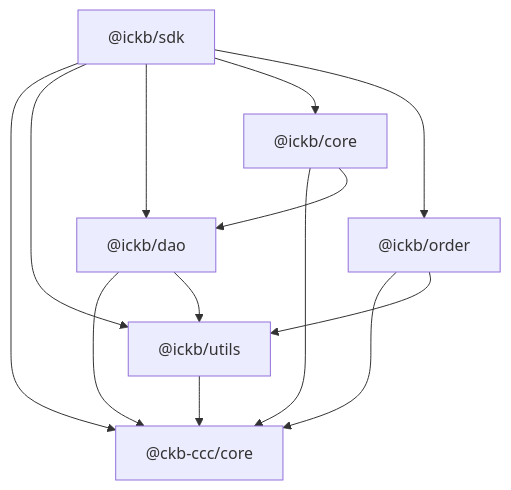
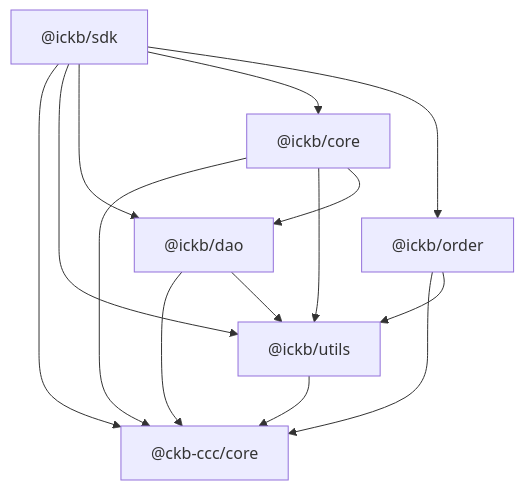
The diagram in README.md (ickb/stack), drawn with Mermaid before and after one commit. The commit also changed other lines of this file and 4 other files, not shown here.

````diff
--- a/README.md
+++ b/README.md
@@ -33,22 +33,23 @@
 ```mermaid
 graph TD;
     B["@ickb/utils"] --> A["@ckb-ccc/core"];
     C["@ickb/dao"] --> A;
     C --> B;
     D["@ickb/core"] --> A;
+    D --> B;
     D --> C;
     E["@ickb/order"] --> A;
     E --> B;
     F["@ickb/sdk"] --> A;
     F --> B;
     F --> C;
     F --> D;
     F --> E;
 
     click A "https://github.com/ckb-devrel/ccc/tree/master/packages/core" "Go to @ckb-ccc/core"
     click B "https://github.com/ickb/stack/tree/master/packages/utils" "Go to @ickb/utils"
     click C "https://github.com/ickb/stack/tree/master/packages/dao" "Go to @ickb/dao"
     click D "https://github.com/ickb/stack/tree/master/packages/core" "Go to @ickb/core"
     click E "https://github.com/ickb/stack/tree/master/packages/order" "Go to @ickb/order"
     click F "https://github.com/ickb/stack/tree/master/packages/sdk" "Go to @ickb/sdk"
 ```
````
